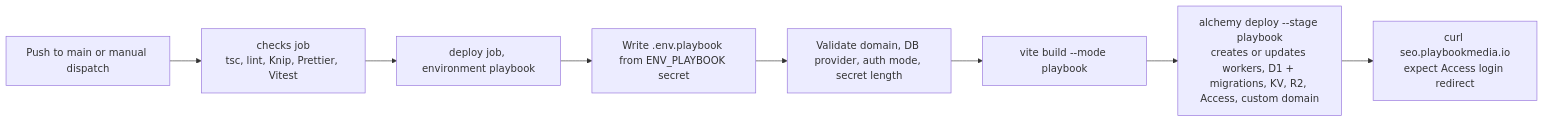
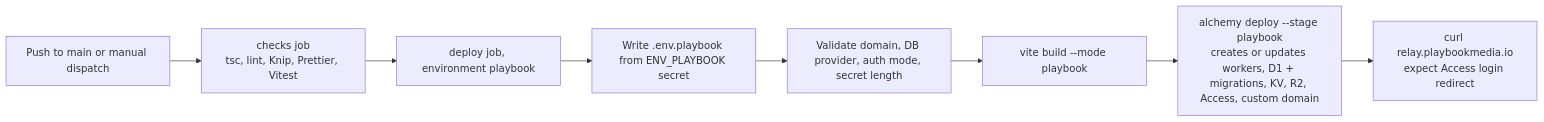
One commit to PlaybookMediaLLC/open-seo changed the fifth of 5 diagrams in docs/maintainers/playbook-deployment.md. Above: the diagram before and after it, drawn with Mermaid. The commit also changed other lines of this file and 6 other files, not shown here.

First line of the commit message:
chore(deploy): move the Playbook deployment to relay.playbookmedia.io

````diff
--- a/docs/maintainers/playbook-deployment.md
+++ b/docs/maintainers/playbook-deployment.md
@@ -167,10 +167,10 @@
 ```mermaid
 flowchart LR
   push[Push to main or manual dispatch] --> checks[checks job<br/>tsc, lint, Knip, Prettier, Vitest]
   checks --> deploy[deploy job, environment playbook]
   deploy --> env[Write .env.playbook from ENV_PLAYBOOK secret]
   env --> validate[Validate domain, DB provider, auth mode, secret length]
   validate --> build[vite build --mode playbook]
   build --> alchemy[alchemy deploy --stage playbook<br/>creates or updates workers, D1 + migrations, KV, R2, Access, custom domain]
-  alchemy --> verify[curl seo.playbookmedia.io<br/>expect Access login redirect]
+  alchemy --> verify[curl relay.playbookmedia.io<br/>expect Access login redirect]
 ```
````
